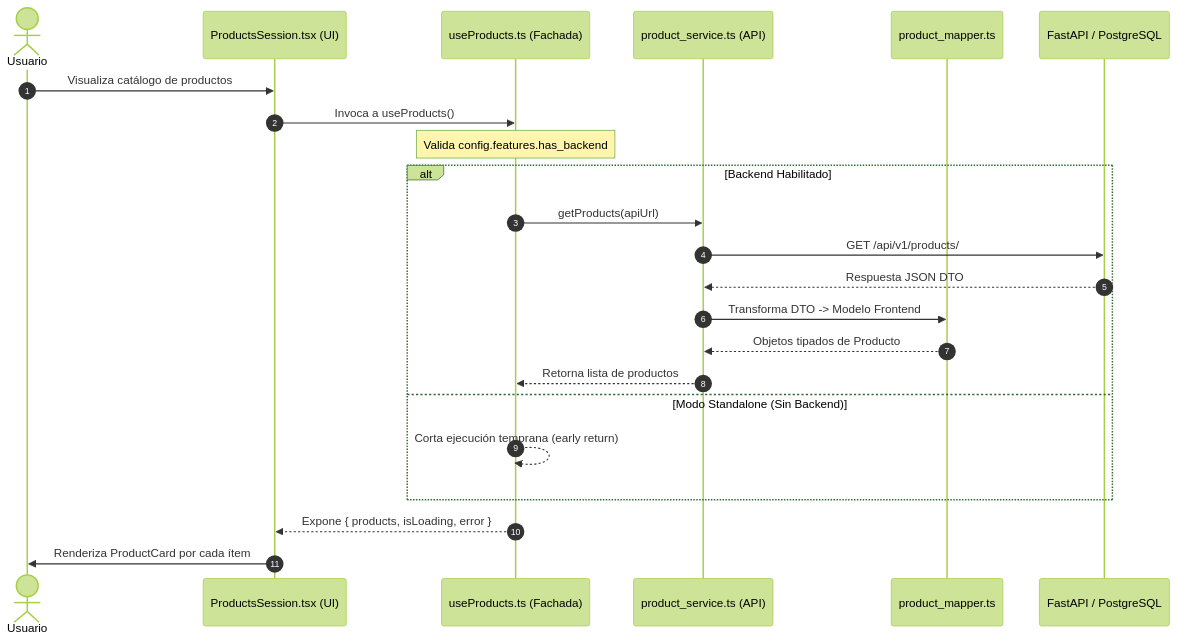
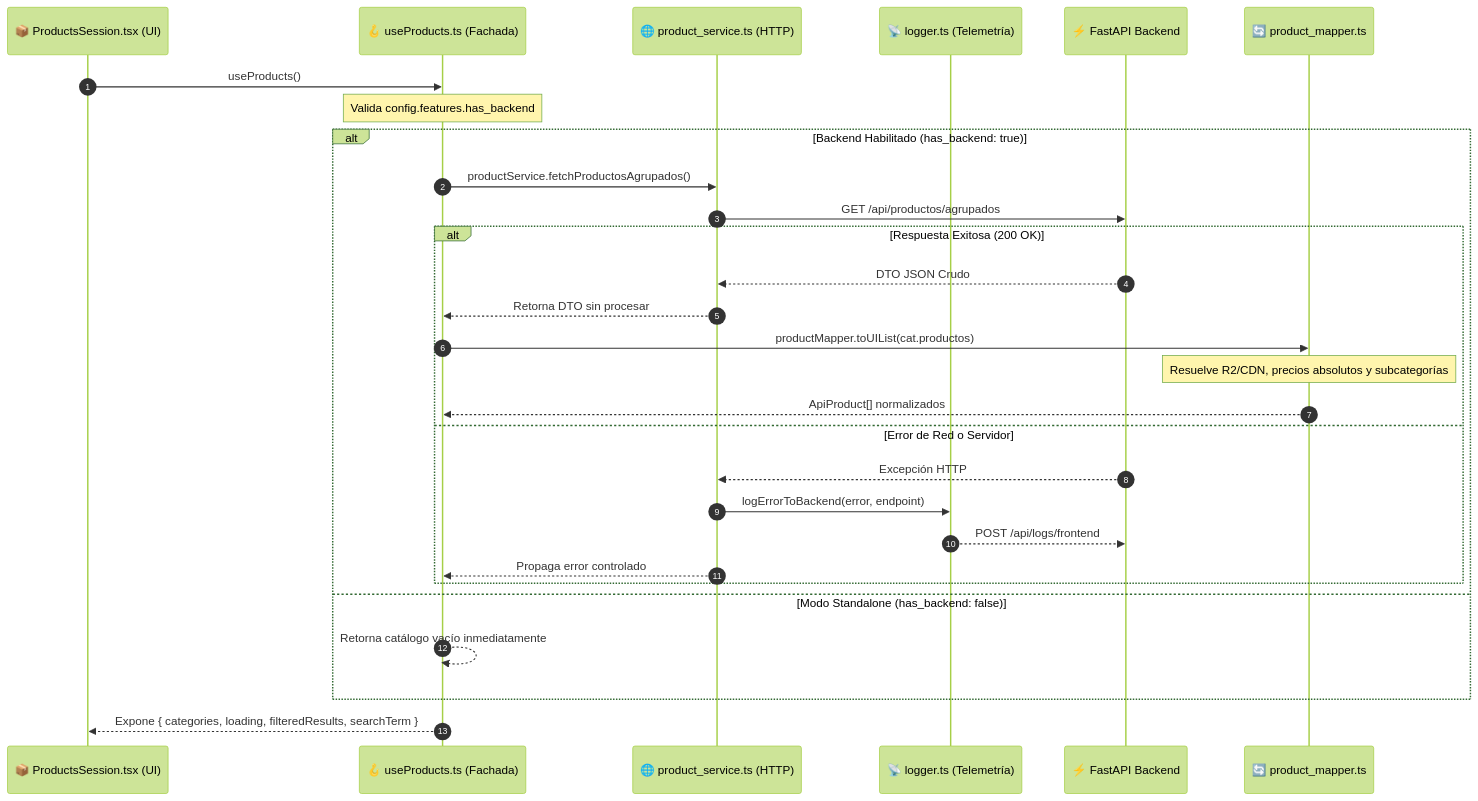
The second of 2 diagrams in apps/web-client/README.md (NorthCodeUY/vet-core), drawn with Mermaid (forest theme) before and after one commit. The commit also changed other lines of this file and 14 other files, not shown here.

````diff
--- a/apps/web-client/README.md
+++ b/apps/web-client/README.md
@@ -75,26 +93,32 @@
 ```mermaid
 sequenceDiagram
     autonumber
-    actor Usuario
-    participant UI as ProductsSession.tsx (UI)
-    participant Hook as useProducts.ts (Fachada)
-    participant Service as product_service.ts (API)
-    participant Mapper as product_mapper.ts
-    participant Backend as FastAPI / PostgreSQL
+    participant UI as 📦 ProductsSession.tsx (UI)
+    participant Hook as 🪝 useProducts.ts (Fachada)
+    participant Service as 🌐 product_service.ts (HTTP)
+    participant Logger as 📡 logger.ts (Telemetría)
+    participant Backend as ⚡ FastAPI Backend
+    participant Mapper as 🔄 product_mapper.ts
 
-    Usuario->>UI: Visualiza catálogo de productos
-    UI->>Hook: Invoca a useProducts()
+    UI->>Hook: useProducts()
     Note over Hook: Valida config.features.has_backend
-    alt Backend Habilitado
-        Hook->>Service: getProducts(apiUrl)
-        Service->>Backend: GET /api/v1/products/
-        Backend-->>Service: Respuesta JSON DTO
-        Service->>Mapper: Transforma DTO -> Modelo Frontend
-        Mapper-->>Service: Objetos tipados de Producto
-        Service-->>Hook: Retorna lista de productos
-    else Modo Standalone (Sin Backend)
-        Hook-->>Hook: Corta ejecución temprana (early return)
+    alt Backend Habilitado (has_backend: true)
+        Hook->>Service: productService.fetchProductosAgrupados()
+        Service->>Backend: GET /api/productos/agrupados
+        alt Respuesta Exitosa (200 OK)
+            Backend-->>Service: DTO JSON Crudo
+            Service-->>Hook: Retorna DTO sin procesar
+            Hook->>Mapper: productMapper.toUIList(cat.productos)
+            Note over Mapper: Resuelve R2/CDN, precios absolutos y subcategorías
+            Mapper-->>Hook: ApiProduct[] normalizados
+        else Error de Red o Servidor
+            Backend-->>Service: Excepción HTTP
+            Service->>Logger: logErrorToBackend(error, endpoint)
+            Logger-->>Backend: POST /api/logs/frontend
+            Service-->>Hook: Propaga error controlado
+        end
+    else Modo Standalone (has_backend: false)
+        Hook-->>Hook: Retorna catálogo vacío inmediatamente
     end
-    Hook-->>UI: Expone { products, isLoading, error }
-    UI->>Usuario: Renderiza ProductCard por cada ítem
+    Hook-->>UI: Expone { categories, loading, filteredResults, searchTerm }
 ```
````
